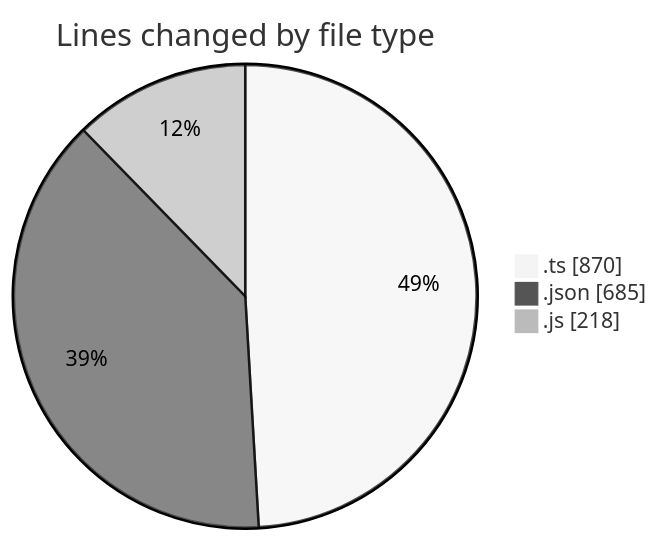
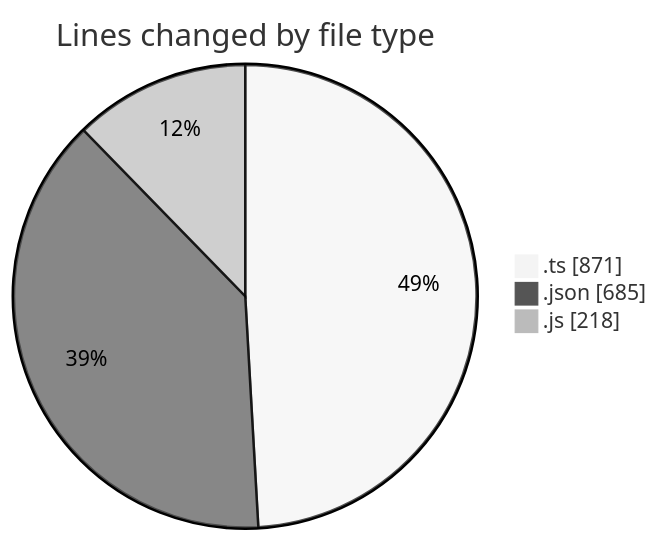
Before and after one commit to EIIisD/code-tracking: the first of 2 diagrams in 2025-08-26/mcp-web/README.md, drawn with Mermaid (neutral theme). The commit also changed other lines of this file and 1 other file, not shown here.

````diff
--- a/2025-08-26/mcp-web/README.md
+++ b/2025-08-26/mcp-web/README.md
@@ -27,7 +27,7 @@
 ```mermaid
 pie showData
 title Lines changed by file type
-".ts" : 870
+".ts" : 871
 ".json" : 685
 ".js" : 218
 ```
````
